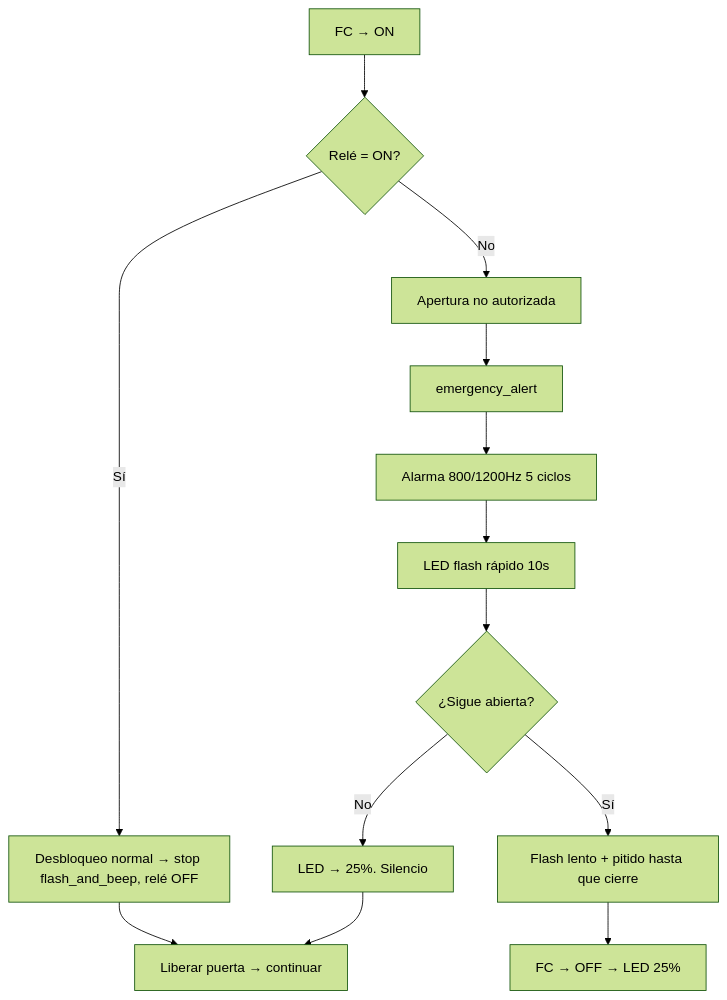
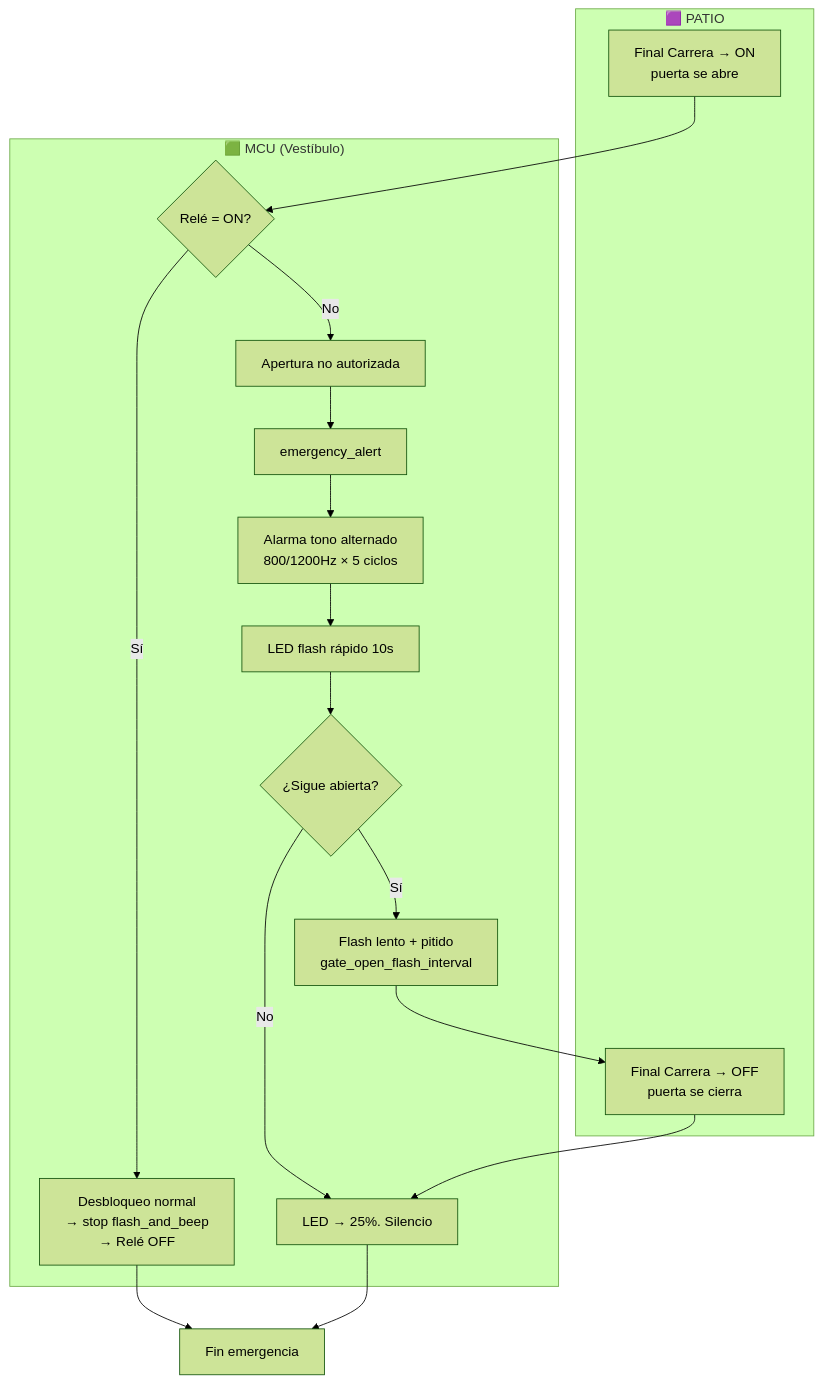
Before and after one commit to abelbour/Abrepuertas: the tenth of 10 diagrams in SYSTEM_DEFINITION.md, drawn with Mermaid (forest theme). The commit also changed other lines of this file, not shown here.

Commit message:
Convert all flow diagrams to swimlane format

````diff
--- a/SYSTEM_DEFINITION.md
+++ b/SYSTEM_DEFINITION.md
@@ -515,15 +573,25 @@
 ```mermaid
 flowchart TD
-    A[FC → ON] --> B{Relé = ON?}
-    B -- Sí --> C[Desbloqueo normal → stop flash_and_beep, relé OFF]
-    C --> D[Liberar puerta → continuar]
-    B -- No --> E[Apertura no autorizada]
-    E --> F[emergency_alert]
-    F --> G[Alarma 800/1200Hz 5 ciclos]
-    G --> H[LED flash rápido 10s]
-    H --> I{¿Sigue abierta?}
-    I -- Sí --> J[Flash lento + pitido hasta que cierre]
-    I -- No --> K[LED → 25%. Silencio]
-    J --> L[FC → OFF → LED 25%]
-    K --> D
+    subgraph LOCK["🟪 PATIO"]
+        FC_ON[Final Carrera → ON<br/>puerta se abre]
+        FC_OFF[Final Carrera → OFF<br/>puerta se cierra]
+    end
+
+    subgraph MCU["🟩 MCU (Vestíbulo)"]
+        EVT{Relé = ON?}
+        EVT -- Sí --> NORMAL[Desbloqueo normal<br/>→ stop flash_and_beep<br/>→ Relé OFF]
+        EVT -- No --> ALERT[Apertura no autorizada]
+        ALERT --> EMERG[emergency_alert]
+        EMERG --> ALARM[Alarma tono alternado<br/>800/1200Hz × 5 ciclos]
+        ALARM --> FLASH[LED flash rápido 10s]
+        FLASH --> CHECK{¿Sigue abierta?}
+        CHECK -- Sí --> SLOW[Flash lento + pitido<br/>gate_open_flash_interval]
+        CHECK -- No --> SILENT[LED → 25%. Silencio]
+        SLOW --> FC_OFF
+        FC_OFF --> SILENT
+    end
+
+    FC_ON --> EVT
+    NORMAL --> FIN[Fin emergencia]
+    SILENT --> FIN
 ```
````
